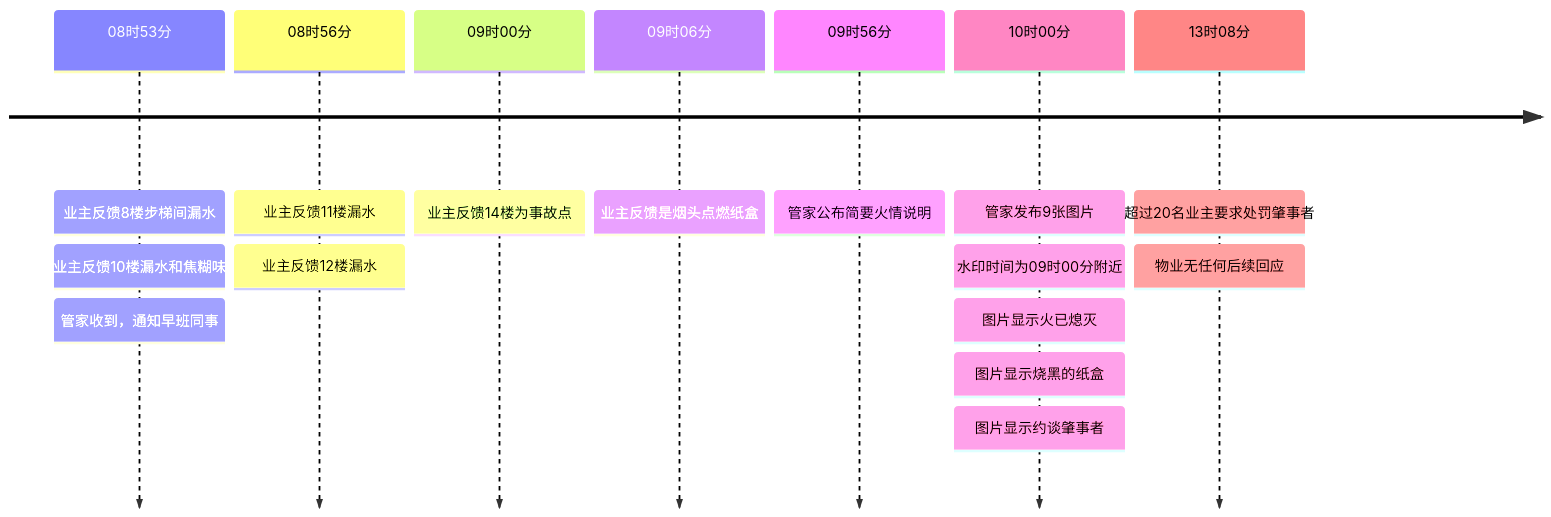
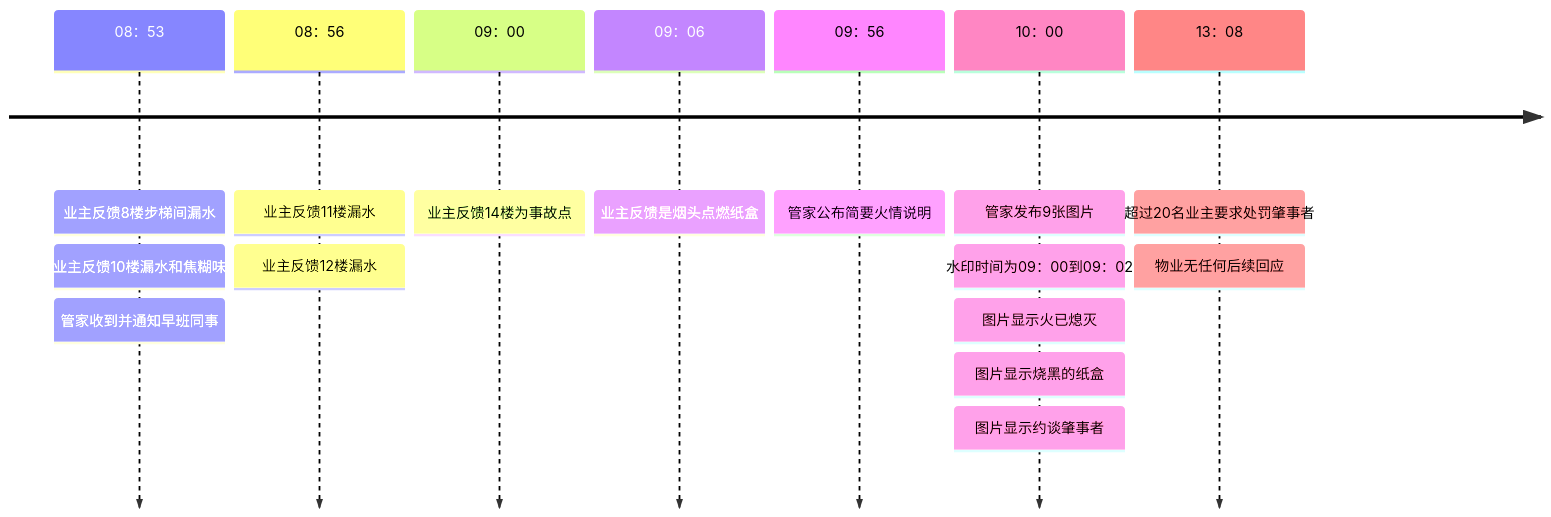
The diagram in 2025/06/16/01_fire/readme.md (my-view-points/community-governance), drawn with Mermaid before and after one commit. The commit also changed other lines of this file and 1 other file, not shown here.

````diff
--- a/2025/06/16/01_fire/readme.md
+++ b/2025/06/16/01_fire/readme.md
@@ -14,18 +26,18 @@
 ```mermaid
 timeline
-    08时53分 : 业主反馈8楼步梯间漏水
-            : 业主反馈10楼漏水和焦糊味
-            : 管家收到，通知早班同事
-    08时56分 : 业主反馈11楼漏水
-            : 业主反馈12楼漏水
-    09时00分 : 业主反馈14楼为事故点
-    09时06分 : 业主反馈是烟头点燃纸盒
-    09时56分 : 管家公布简要火情说明
-    10时00分 : 管家发布9张图片
-            : 水印时间为09时00分附近
-            : 图片显示火已熄灭
-            : 图片显示烧黑的纸盒
-            : 图片显示约谈肇事者
-    13时08分 : 超过20名业主要求处罚肇事者
-            : 物业无任何后续回应
+    08：53 : 业主反馈8楼步梯间漏水
+          : 业主反馈10楼漏水和焦糊味
+          : 管家收到并通知早班同事
+    08：56 : 业主反馈11楼漏水
+          : 业主反馈12楼漏水
+    09：00 : 业主反馈14楼为事故点
+    09：06 : 业主反馈是烟头点燃纸盒
+    09：56 : 管家公布简要火情说明
+    10：00 : 管家发布9张图片
+          : 水印时间为09：00到09：02
+          : 图片显示火已熄灭
+          : 图片显示烧黑的纸盒
+          : 图片显示约谈肇事者
+    13：08 : 超过20名业主要求处罚肇事者
+          : 物业无任何后续回应
 ```
````
